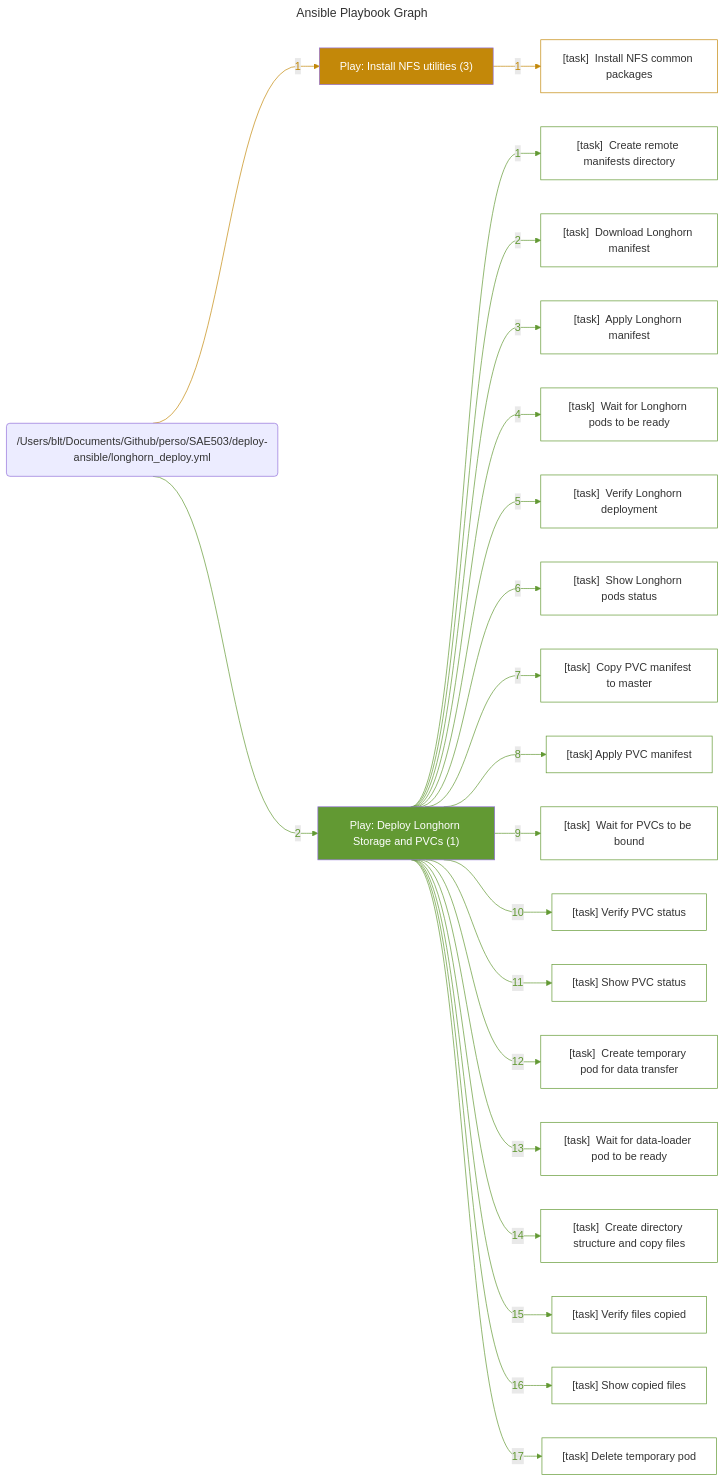
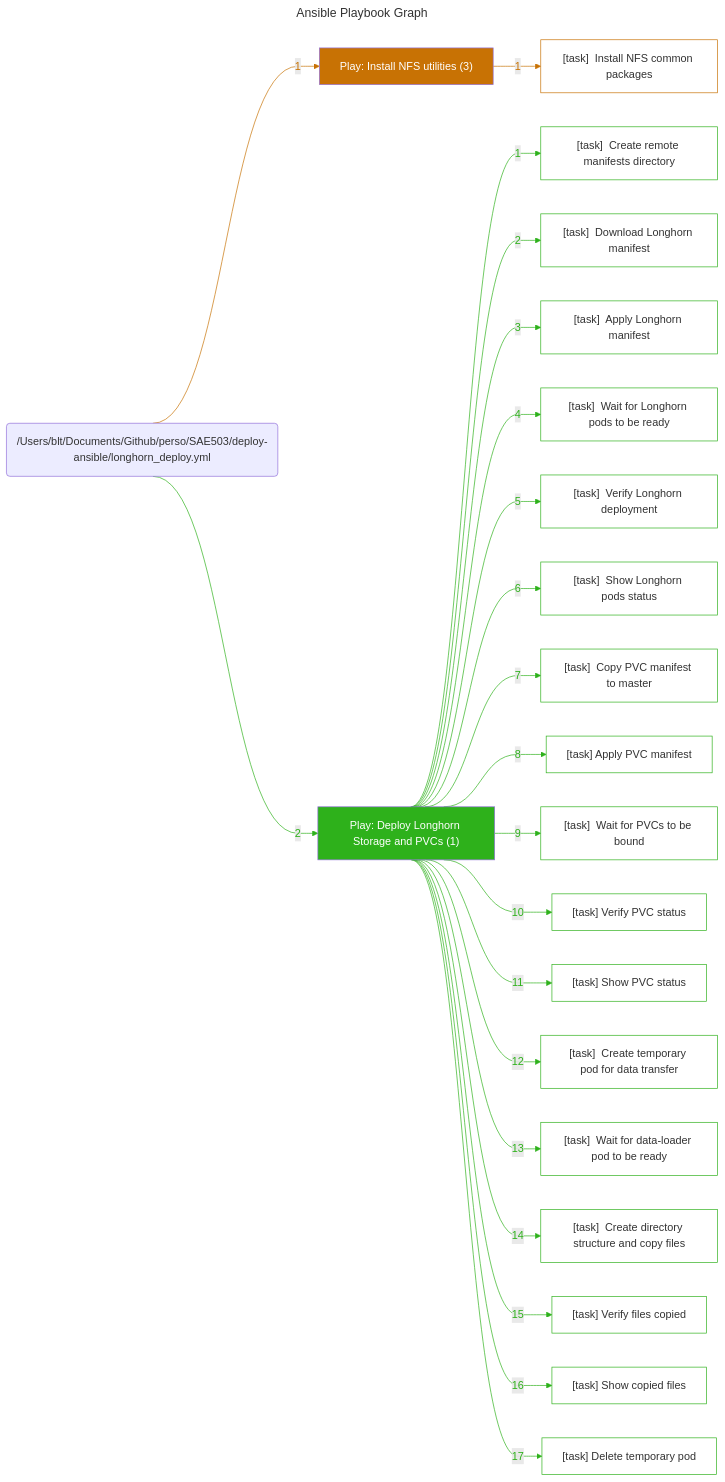
The diagram in graphs/longhorn_deploy.md (basilelt/SAE503), drawn with Mermaid before and after one commit. The commit also changed 6 other files, not shown here.

Commit message:
Refactor graph generation scripts to remove hardcoded paths and update playbook titles in markdown files

```diff
--- a/graphs/longhorn_deploy.md
+++ b/graphs/longhorn_deploy.md
@@ -5,90 +5,90 @@
 %%{ init: { "flowchart": { "curve": "bumpX" } } }%%
 flowchart LR
 	%% Start of the playbook '/Users/blt/Documents/Github/perso/SAE503/deploy-ansible/longhorn_deploy.yml'
-	playbook_5932eae7("/Users/blt/Documents/Github/perso/SAE503/deploy-ansible/longhorn_deploy.yml")
+	playbook_07174a45("/Users/blt/Documents/Github/perso/SAE503/deploy-ansible/longhorn_deploy.yml")
 		%% Start of the play 'Play: Install NFS utilities (3)'
-		play_43c233d8["Play: Install NFS utilities (3)"]
-		style play_43c233d8 fill:#c38809,color:#ffffff
-		playbook_5932eae7 --> |"1"| play_43c233d8
-		linkStyle 0 stroke:#c38809,color:#c38809
-			task_b5681f95["[task]  Install NFS common packages"]
-			style task_b5681f95 stroke:#c38809,fill:#ffffff
-			play_43c233d8 --> |"1"| task_b5681f95
-			linkStyle 1 stroke:#c38809,color:#c38809
+		play_49e6dd52["Play: Install NFS utilities (3)"]
+		style play_49e6dd52 fill:#c87204,color:#ffffff
+		playbook_07174a45 --> |"1"| play_49e6dd52
+		linkStyle 0 stroke:#c87204,color:#c87204
+			task_d1c6cede["[task]  Install NFS common packages"]
+			style task_d1c6cede stroke:#c87204,fill:#ffffff
+			play_49e6dd52 --> |"1"| task_d1c6cede
+			linkStyle 1 stroke:#c87204,color:#c87204
 		%% End of the play 'Play: Install NFS utilities (3)'
 		%% Start of the play 'Play: Deploy Longhorn Storage and PVCs (1)'
-		play_b4629180["Play: Deploy Longhorn Storage and PVCs (1)"]
-		style play_b4629180 fill:#629933,color:#ffffff
-		playbook_5932eae7 --> |"2"| play_b4629180
-		linkStyle 2 stroke:#629933,color:#629933
-			task_01fbae6a["[task]  Create remote manifests directory"]
-			style task_01fbae6a stroke:#629933,fill:#ffffff
-			play_b4629180 --> |"1"| task_01fbae6a
-			linkStyle 3 stroke:#629933,color:#629933
-			task_1e87ae71["[task]  Download Longhorn manifest"]
-			style task_1e87ae71 stroke:#629933,fill:#ffffff
-			play_b4629180 --> |"2"| task_1e87ae71
-			linkStyle 4 stroke:#629933,color:#629933
-			task_49694dd8["[task]  Apply Longhorn manifest"]
-			style task_49694dd8 stroke:#629933,fill:#ffffff
-			play_b4629180 --> |"3"| task_49694dd8
-			linkStyle 5 stroke:#629933,color:#629933
-			task_e0c522ac["[task]  Wait for Longhorn pods to be ready"]
-			style task_e0c522ac stroke:#629933,fill:#ffffff
-			play_b4629180 --> |"4"| task_e0c522ac
-			linkStyle 6 stroke:#629933,color:#629933
-			task_1e4461ce["[task]  Verify Longhorn deployment"]
-			style task_1e4461ce stroke:#629933,fill:#ffffff
-			play_b4629180 --> |"5"| task_1e4461ce
-			linkStyle 7 stroke:#629933,color:#629933
-			task_4d578c73["[task]  Show Longhorn pods status"]
-			style task_4d578c73 stroke:#629933,fill:#ffffff
-			play_b4629180 --> |"6"| task_4d578c73
-			linkStyle 8 stroke:#629933,color:#629933
-			task_373d5a85["[task]  Copy PVC manifest to master"]
-			style task_373d5a85 stroke:#629933,fill:#ffffff
-			play_b4629180 --> |"7"| task_373d5a85
-			linkStyle 9 stroke:#629933,color:#629933
-			task_ef2e4bc5["[task]  Apply PVC manifest"]
-			style task_ef2e4bc5 stroke:#629933,fill:#ffffff
-			play_b4629180 --> |"8"| task_ef2e4bc5
-			linkStyle 10 stroke:#629933,color:#629933
-			task_20c83923["[task]  Wait for PVCs to be bound"]
-			style task_20c83923 stroke:#629933,fill:#ffffff
-			play_b4629180 --> |"9"| task_20c83923
-			linkStyle 11 stroke:#629933,color:#629933
-			task_34876fa4["[task]  Verify PVC status"]
-			style task_34876fa4 stroke:#629933,fill:#ffffff
-			play_b4629180 --> |"10"| task_34876fa4
-			linkStyle 12 stroke:#629933,color:#629933
-			task_f3f8ab25["[task]  Show PVC status"]
-			style task_f3f8ab25 stroke:#629933,fill:#ffffff
-			play_b4629180 --> |"11"| task_f3f8ab25
-			linkStyle 13 stroke:#629933,color:#629933
-			task_0b320fd4["[task]  Create temporary pod for data transfer"]
-			style task_0b320fd4 stroke:#629933,fill:#ffffff
-			play_b4629180 --> |"12"| task_0b320fd4
-			linkStyle 14 stroke:#629933,color:#629933
-			task_5b82bdaa["[task]  Wait for data-loader pod to be ready"]
-			style task_5b82bdaa stroke:#629933,fill:#ffffff
-			play_b4629180 --> |"13"| task_5b82bdaa
-			linkStyle 15 stroke:#629933,color:#629933
-			task_92ea17fe["[task]  Create directory structure and copy files"]
-			style task_92ea17fe stroke:#629933,fill:#ffffff
-			play_b4629180 --> |"14"| task_92ea17fe
-			linkStyle 16 stroke:#629933,color:#629933
-			task_2df0ef2b["[task]  Verify files copied"]
-			style task_2df0ef2b stroke:#629933,fill:#ffffff
-			play_b4629180 --> |"15"| task_2df0ef2b
-			linkStyle 17 stroke:#629933,color:#629933
-			task_335e2e8f["[task]  Show copied files"]
-			style task_335e2e8f stroke:#629933,fill:#ffffff
-			play_b4629180 --> |"16"| task_335e2e8f
-			linkStyle 18 stroke:#629933,color:#629933
-			task_10cec640["[task]  Delete temporary pod"]
-			style task_10cec640 stroke:#629933,fill:#ffffff
-			play_b4629180 --> |"17"| task_10cec640
-			linkStyle 19 stroke:#629933,color:#629933
+		play_ea55d69d["Play: Deploy Longhorn Storage and PVCs (1)"]
+		style play_ea55d69d fill:#2eb11b,color:#ffffff
+		playbook_07174a45 --> |"2"| play_ea55d69d
+		linkStyle 2 stroke:#2eb11b,color:#2eb11b
+			task_333bb733["[task]  Create remote manifests directory"]
+			style task_333bb733 stroke:#2eb11b,fill:#ffffff
+			play_ea55d69d --> |"1"| task_333bb733
+			linkStyle 3 stroke:#2eb11b,color:#2eb11b
+			task_42355b24["[task]  Download Longhorn manifest"]
+			style task_42355b24 stroke:#2eb11b,fill:#ffffff
+			play_ea55d69d --> |"2"| task_42355b24
+			linkStyle 4 stroke:#2eb11b,color:#2eb11b
+			task_e3b43c06["[task]  Apply Longhorn manifest"]
+			style task_e3b43c06 stroke:#2eb11b,fill:#ffffff
+			play_ea55d69d --> |"3"| task_e3b43c06
+			linkStyle 5 stroke:#2eb11b,color:#2eb11b
+			task_437ee8d3["[task]  Wait for Longhorn pods to be ready"]
+			style task_437ee8d3 stroke:#2eb11b,fill:#ffffff
+			play_ea55d69d --> |"4"| task_437ee8d3
+			linkStyle 6 stroke:#2eb11b,color:#2eb11b
+			task_1f94bdf1["[task]  Verify Longhorn deployment"]
+			style task_1f94bdf1 stroke:#2eb11b,fill:#ffffff
+			play_ea55d69d --> |"5"| task_1f94bdf1
+			linkStyle 7 stroke:#2eb11b,color:#2eb11b
+			task_28922def["[task]  Show Longhorn pods status"]
+			style task_28922def stroke:#2eb11b,fill:#ffffff
+			play_ea55d69d --> |"6"| task_28922def
+			linkStyle 8 stroke:#2eb11b,color:#2eb11b
+			task_17045ad2["[task]  Copy PVC manifest to master"]
+			style task_17045ad2 stroke:#2eb11b,fill:#ffffff
+			play_ea55d69d --> |"7"| task_17045ad2
+			linkStyle 9 stroke:#2eb11b,color:#2eb11b
+			task_fde6053f["[task]  Apply PVC manifest"]
+			style task_fde6053f stroke:#2eb11b,fill:#ffffff
+			play_ea55d69d --> |"8"| task_fde6053f
+			linkStyle 10 stroke:#2eb11b,color:#2eb11b
+			task_61ac6269["[task]  Wait for PVCs to be bound"]
+			style task_61ac6269 stroke:#2eb11b,fill:#ffffff
+			play_ea55d69d --> |"9"| task_61ac6269
+			linkStyle 11 stroke:#2eb11b,color:#2eb11b
+			task_aa5a6588["[task]  Verify PVC status"]
+			style task_aa5a6588 stroke:#2eb11b,fill:#ffffff
+			play_ea55d69d --> |"10"| task_aa5a6588
+			linkStyle 12 stroke:#2eb11b,color:#2eb11b
+			task_b9eb346c["[task]  Show PVC status"]
+			style task_b9eb346c stroke:#2eb11b,fill:#ffffff
+			play_ea55d69d --> |"11"| task_b9eb346c
+			linkStyle 13 stroke:#2eb11b,color:#2eb11b
+			task_bd65870e["[task]  Create temporary pod for data transfer"]
+			style task_bd65870e stroke:#2eb11b,fill:#ffffff
+			play_ea55d69d --> |"12"| task_bd65870e
+			linkStyle 14 stroke:#2eb11b,color:#2eb11b
+			task_3bc15ae3["[task]  Wait for data-loader pod to be ready"]
+			style task_3bc15ae3 stroke:#2eb11b,fill:#ffffff
+			play_ea55d69d --> |"13"| task_3bc15ae3
+			linkStyle 15 stroke:#2eb11b,color:#2eb11b
+			task_60af8e96["[task]  Create directory structure and copy files"]
+			style task_60af8e96 stroke:#2eb11b,fill:#ffffff
+			play_ea55d69d --> |"14"| task_60af8e96
+			linkStyle 16 stroke:#2eb11b,color:#2eb11b
+			task_2bd362d4["[task]  Verify files copied"]
+			style task_2bd362d4 stroke:#2eb11b,fill:#ffffff
+			play_ea55d69d --> |"15"| task_2bd362d4
+			linkStyle 17 stroke:#2eb11b,color:#2eb11b
+			task_25eee184["[task]  Show copied files"]
+			style task_25eee184 stroke:#2eb11b,fill:#ffffff
+			play_ea55d69d --> |"16"| task_25eee184
+			linkStyle 18 stroke:#2eb11b,color:#2eb11b
+			task_d73bf616["[task]  Delete temporary pod"]
+			style task_d73bf616 stroke:#2eb11b,fill:#ffffff
+			play_ea55d69d --> |"17"| task_d73bf616
+			linkStyle 19 stroke:#2eb11b,color:#2eb11b
 		%% End of the play 'Play: Deploy Longhorn Storage and PVCs (1)'
 	%% End of the playbook '/Users/blt/Documents/Github/perso/SAE503/deploy-ansible/longhorn_deploy.yml'
 
```
